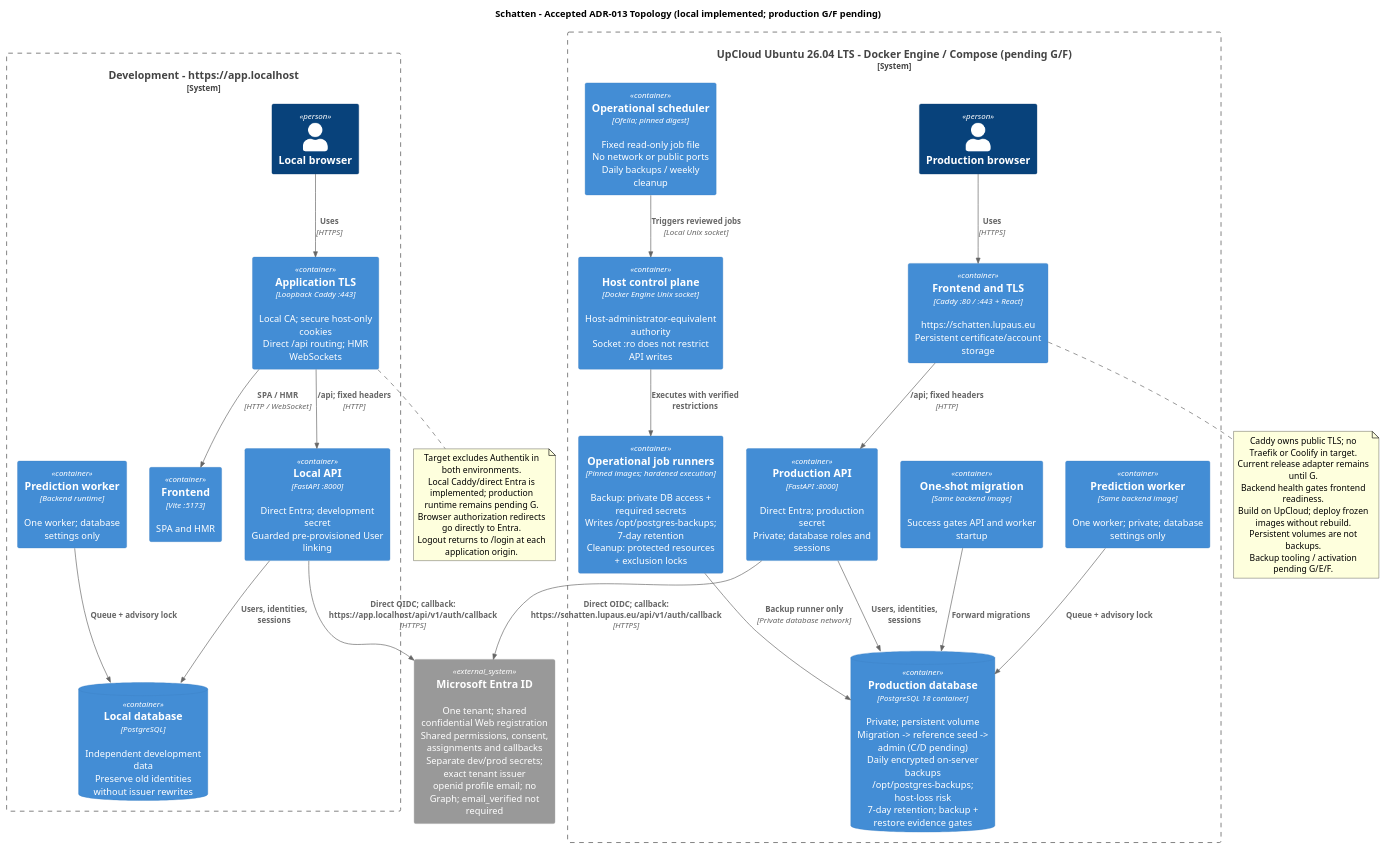
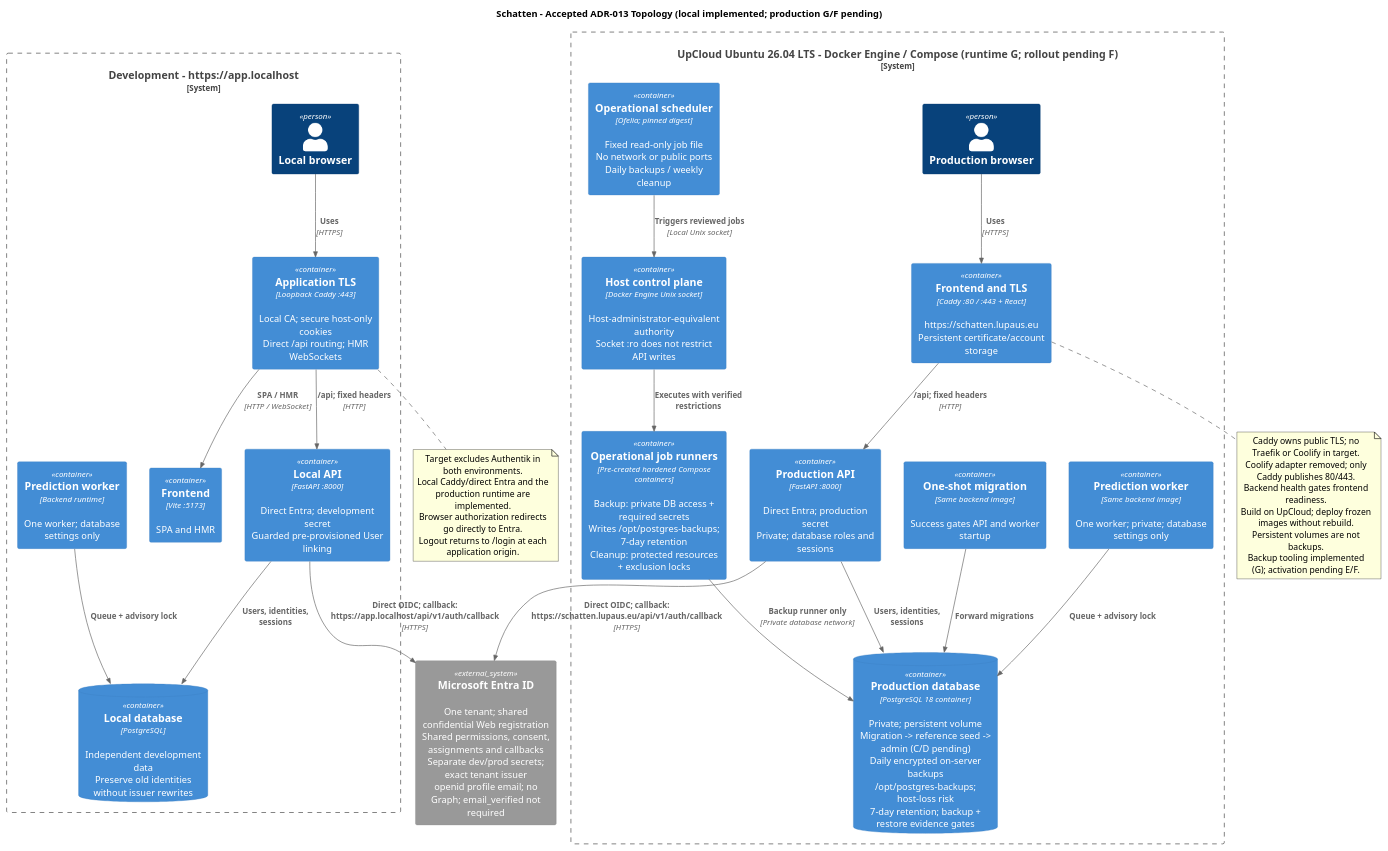
One commit to lupaus-eu/shadow changed the diagram in docs/diagrams/component-authentication-topology.puml. Above: the diagram before and after it, drawn with PlantUML. The commit also changed 41 other files, not shown here.

First line of the commit message:
feature(runtime): upcloud docker runtime (#85)

```diff
--- a/docs/diagrams/component-authentication-topology.puml
+++ b/docs/diagrams/component-authentication-topology.puml
@@ -1,61 +1,61 @@
 @startuml
 !include <C4/C4_Container>
 title Schatten - Accepted ADR-013 Topology (local implemented; production G/F pending)
 
 System_Ext(entra, "Microsoft Entra ID", "One tenant; shared confidential Web registration\nShared permissions, consent, assignments and callbacks\nSeparate dev/prod secrets; exact tenant issuer\nopenid profile email; no Graph; email_verified not required")
 
 System_Boundary(local, "Development - https://app.localhost") {
   Person(local_browser, "Local browser")
   Container(app_tls, "Application TLS", "Loopback Caddy :443", "Local CA; secure host-only cookies\nDirect /api routing; HMR WebSockets")
   Container(vite, "Frontend", "Vite :5173", "SPA and HMR")
   Container(local_api, "Local API", "FastAPI :8000", "Direct Entra; development secret\nGuarded pre-provisioned User linking")
   Container(local_worker, "Prediction worker", "Backend runtime", "One worker; database settings only")
   ContainerDb(local_db, "Local database", "PostgreSQL", "Independent development data\nPreserve old identities without issuer rewrites")
 
   Rel(local_browser, app_tls, "Uses", "HTTPS")
   Rel(app_tls, vite, "SPA / HMR", "HTTP / WebSocket")
   Rel(app_tls, local_api, "/api; fixed headers", "HTTP")
   Rel(local_api, local_db, "Users, identities, sessions")
   Rel(local_worker, local_db, "Queue + advisory lock")
 }
 
-System_Boundary(prod, "UpCloud Ubuntu 26.04 LTS - Docker Engine / Compose (pending G/F)") {
+System_Boundary(prod, "UpCloud Ubuntu 26.04 LTS - Docker Engine / Compose (runtime G; rollout pending F)") {
   Person(prod_browser, "Production browser")
   Container(caddy, "Frontend and TLS", "Caddy :80 / :443 + React", "https://schatten.lupaus.eu\nPersistent certificate/account storage")
   Container(prod_api, "Production API", "FastAPI :8000", "Direct Entra; production secret\nPrivate; database roles and sessions")
   Container(prod_worker, "Prediction worker", "Same backend image", "One worker; private; database settings only")
   Container(migration, "One-shot migration", "Same backend image", "Success gates API and worker startup")
   Container(ofelia, "Operational scheduler", "Ofelia; pinned digest", "Fixed read-only job file\nNo network or public ports\nDaily backups / weekly cleanup")
   Container(docker_api, "Host control plane", "Docker Engine Unix socket", "Host-administrator-equivalent authority\nSocket :ro does not restrict API writes")
-  Container(ops_jobs, "Operational job runners", "Pinned images; hardened execution", "Backup: private DB access + required secrets\nWrites /opt/postgres-backups; 7-day retention\nCleanup: protected resources + exclusion locks")
+  Container(ops_jobs, "Operational job runners", "Pre-created hardened Compose containers", "Backup: private DB access + required secrets\nWrites /opt/postgres-backups; 7-day retention\nCleanup: protected resources + exclusion locks")
   ContainerDb(prod_db, "Production database", "PostgreSQL 18 container", "Private; persistent volume\nMigration -> reference seed -> admin (C/D pending)\nDaily encrypted on-server backups\n/opt/postgres-backups; host-loss risk\n7-day retention; backup + restore evidence gates")
 
   Rel(prod_browser, caddy, "Uses", "HTTPS")
   Rel(caddy, prod_api, "/api; fixed headers", "HTTP")
   Rel(prod_api, prod_db, "Users, identities, sessions")
   Rel(prod_worker, prod_db, "Queue + advisory lock")
   Rel(migration, prod_db, "Forward migrations")
   Rel(ofelia, docker_api, "Triggers reviewed jobs", "Local Unix socket")
   Rel(docker_api, ops_jobs, "Executes with verified restrictions")
   Rel(ops_jobs, prod_db, "Backup runner only", "Private database network")
 }
 
 Rel(local_api, entra, "Direct OIDC; callback:\nhttps://app.localhost/api/v1/auth/callback", "HTTPS")
 Rel(prod_api, entra, "Direct OIDC; callback:\nhttps://schatten.lupaus.eu/api/v1/auth/callback", "HTTPS")
 
 note bottom of app_tls
   Target excludes Authentik in both environments.
-  Local Caddy/direct Entra is implemented; production runtime remains pending G.
+  Local Caddy/direct Entra and the production runtime are implemented.
   Browser authorization redirects go directly to Entra.
   Logout returns to /login at each application origin.
 end note
 
 note bottom of caddy
   Caddy owns public TLS; no Traefik or Coolify in target.
-  Current release adapter remains until G.
+  Coolify adapter removed; only Caddy publishes 80/443.
   Backend health gates frontend readiness.
   Build on UpCloud; deploy frozen images without rebuild.
   Persistent volumes are not backups.
-  Backup tooling / activation pending G/E/F.
+  Backup tooling implemented (G); activation pending E/F.
 end note
 @enduml
```
